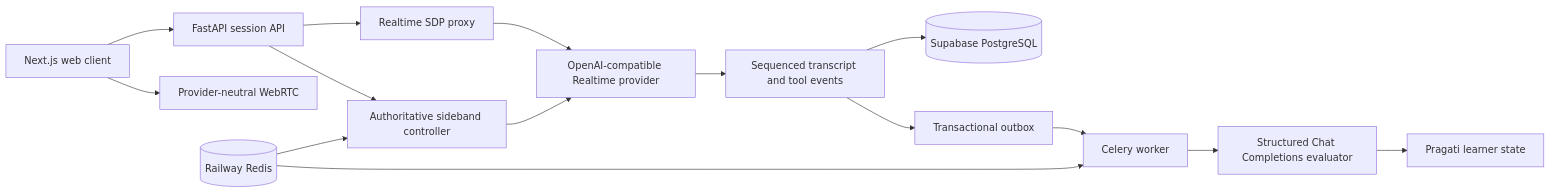
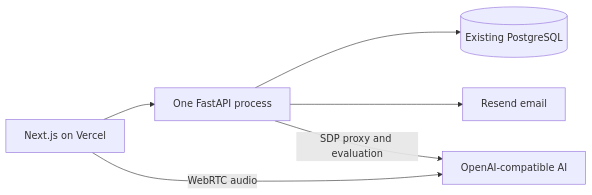
Before and after one commit to chintan-27/VishwaVaani: the diagram in docs/architecture/system-architecture.md, drawn with Mermaid. The commit also changed other lines of this file and 50 other files, not shown here.

````diff
--- a/docs/architecture/system-architecture.md
+++ b/docs/architecture/system-architecture.md
@@ -10,17 +7,8 @@
 ```mermaid
 flowchart LR
-    Browser[Next.js web client] --> SessionAPI[FastAPI session API]
-    Browser --> WebRTC[Provider-neutral WebRTC]
-    SessionAPI --> SDP[Realtime SDP proxy]
-    SDP --> Provider[OpenAI-compatible Realtime provider]
-    SessionAPI --> Controller[Authoritative sideband controller]
-    Controller --> Provider
-    Provider --> Events[Sequenced transcript and tool events]
-    Events --> PostgreSQL[(Supabase PostgreSQL)]
-    Events --> Outbox[Transactional outbox]
-    Outbox --> Worker[Celery worker]
-    Worker --> Evaluator[Structured Chat Completions evaluator]
-    Evaluator --> Progress[Pragati learner state]
-    Redis[(Railway Redis)] --> Controller
-    Redis --> Worker
+    Browser[Next.js on Vercel] --> API[One FastAPI process]
+    API --> PostgreSQL[(Existing PostgreSQL)]
+    API --> Resend[Resend email]
+    Browser -->|WebRTC audio| AI[OpenAI-compatible AI]
+    API -->|SDP proxy and evaluation| AI
 ```
````
